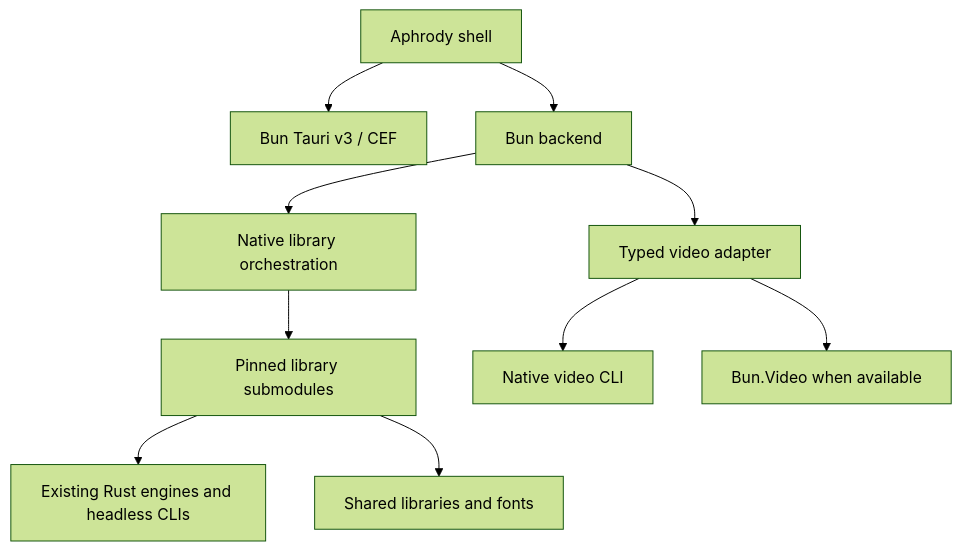
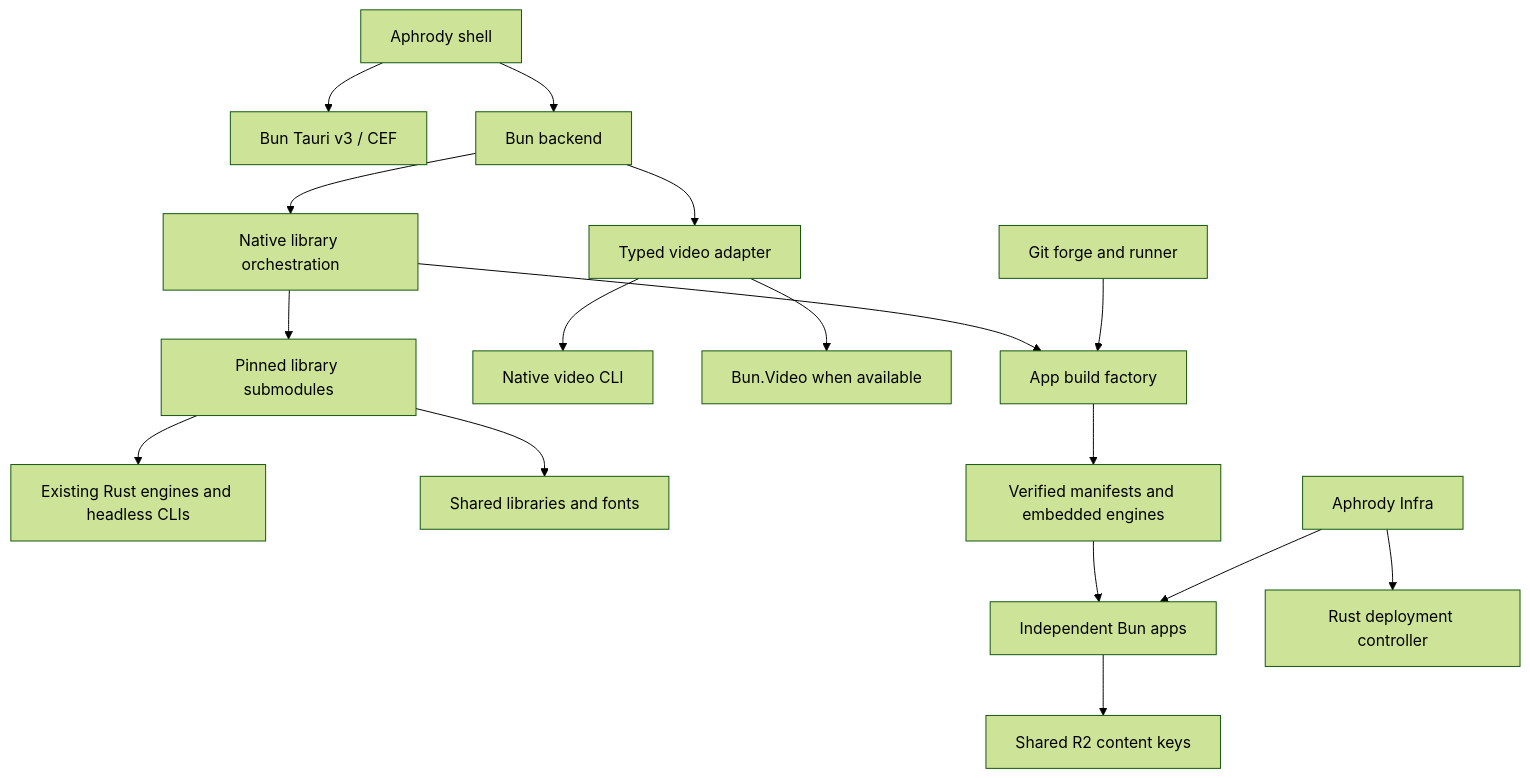
Before and after one commit to aphrody-labs/bun-distribution: the diagram in docs/architecture.md, drawn with Mermaid (forest theme). The commit also changed other lines of this file and 15 other files, not shown here.

````diff
--- a/docs/architecture.md
+++ b/docs/architecture.md
@@ -3,12 +3,19 @@
 ```mermaid
 flowchart TD
   UI[Aphrody shell] --> SDK[Bun Tauri v3 / CEF]
   UI --> Backend[Bun backend]
   Backend --> Workspace[Native library orchestration]
   Workspace --> Sources[Pinned library submodules]
   Backend --> Video[Typed video adapter]
   Video --> Headless[Native video CLI]
   Video --> NativeVideo[Bun.Video when available]
   Sources --> Rust[Existing Rust engines and headless CLIs]
   Sources --> Shared[Shared libraries and fonts]
+  Workspace --> Factory[App build factory]
+  Factory --> Artifacts[Verified manifests and embedded engines]
+  Artifacts --> Apps[Independent Bun apps]
+  Apps --> Assets[Shared R2 content keys]
+  Infra[Aphrody Infra] --> Apps
+  Infra --> Control[Rust deployment controller]
+  Forge[Git forge and runner] --> Factory
 ```
````
